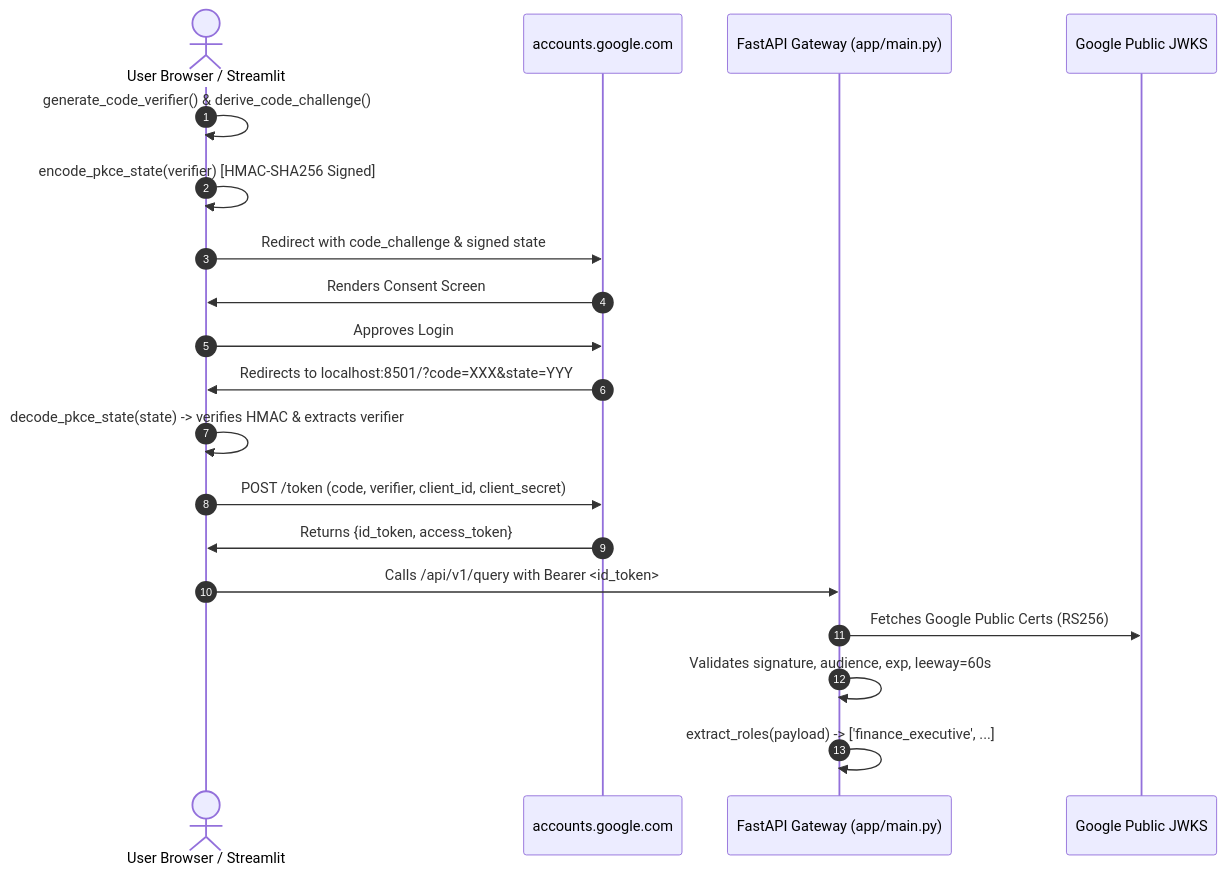
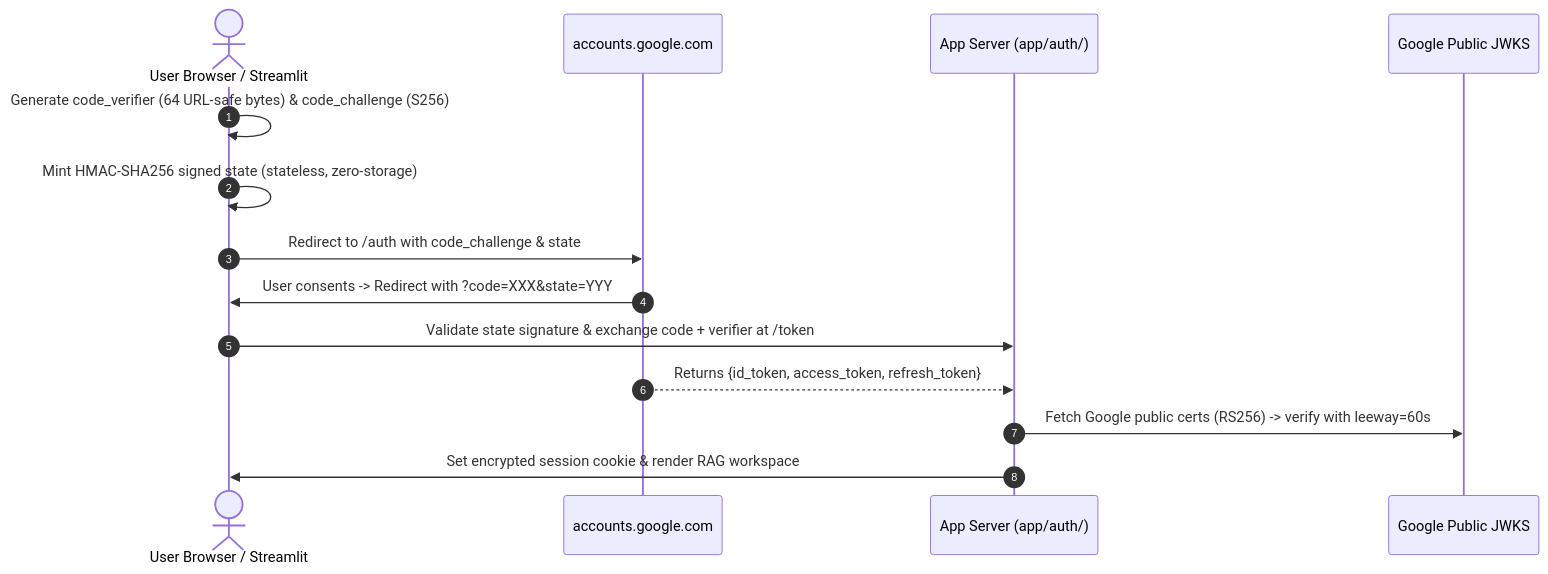
Before and after one commit to Kenono2000/enterprise-rag-pgvector-rbac: the first of 3 diagrams in project_technical_guide.md, drawn with Mermaid. The commit also changed other lines of this file and 2 other files, not shown here.

Commit message:
Refactor code structure for improved readability and maintainability

````diff
--- a/project_technical_guide.md
+++ b/project_technical_guide.md
@@ -236,22 +136,17 @@
 ```mermaid
 sequenceDiagram
     autonumber
-    actor User as User Browser / Streamlit
+    actor Browser as User Browser / Streamlit
     participant Google as accounts.google.com
-    participant API as FastAPI Gateway (app/main.py)
+    participant App as App Server (app/auth/)
     participant JWKS as Google Public JWKS
 
-    User->>User: generate_code_verifier() & derive_code_challenge()
-    User->>User: encode_pkce_state(verifier) [HMAC-SHA256 Signed]
-    User->>Google: Redirect with code_challenge & signed state
-    Google->>User: Renders Consent Screen
-    User->>Google: Approves Login
-    Google->>User: Redirects to localhost:8501/?code=XXX&state=YYY
-    User->>User: decode_pkce_state(state) -> verifies HMAC & extracts verifier
-    User->>Google: POST /token (code, verifier, client_id, client_secret)
-    Google->>User: Returns {id_token, access_token}
-    User->>API: Calls /api/v1/query with Bearer <id_token>
-    API->>JWKS: Fetches Google Public Certs (RS256)
-    API->>API: Validates signature, audience, exp, leeway=60s
-    API->>API: extract_roles(payload) -> ['finance_executive', ...]
+    Browser->>Browser: Generate code_verifier (64 URL-safe bytes) & code_challenge (S256)
+    Browser->>Browser: Mint HMAC-SHA256 signed state (stateless, zero-storage)
+    Browser->>Google: Redirect to /auth with code_challenge & state
+    Google->>Browser: User consents -> Redirect with ?code=XXX&state=YYY
+    Browser->>App: Validate state signature & exchange code + verifier at /token
+    Google-->>App: Returns {id_token, access_token, refresh_token}
+    App->>JWKS: Fetch Google public certs (RS256) -> verify with leeway=60s
+    App->>Browser: Set encrypted session cookie & render RAG workspace
 ```
````
